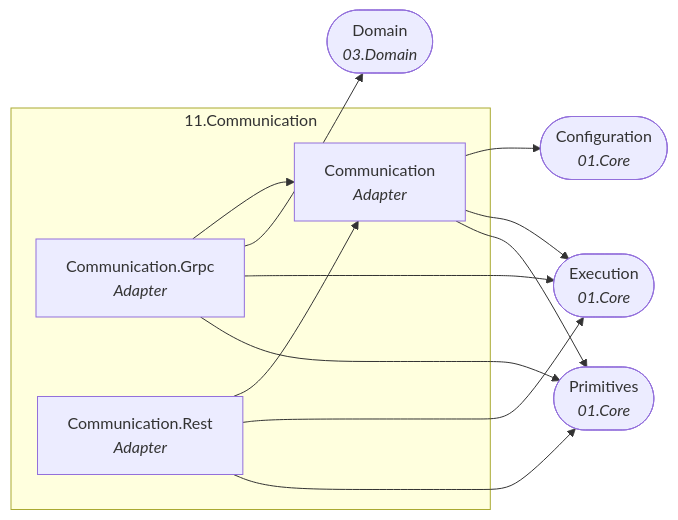
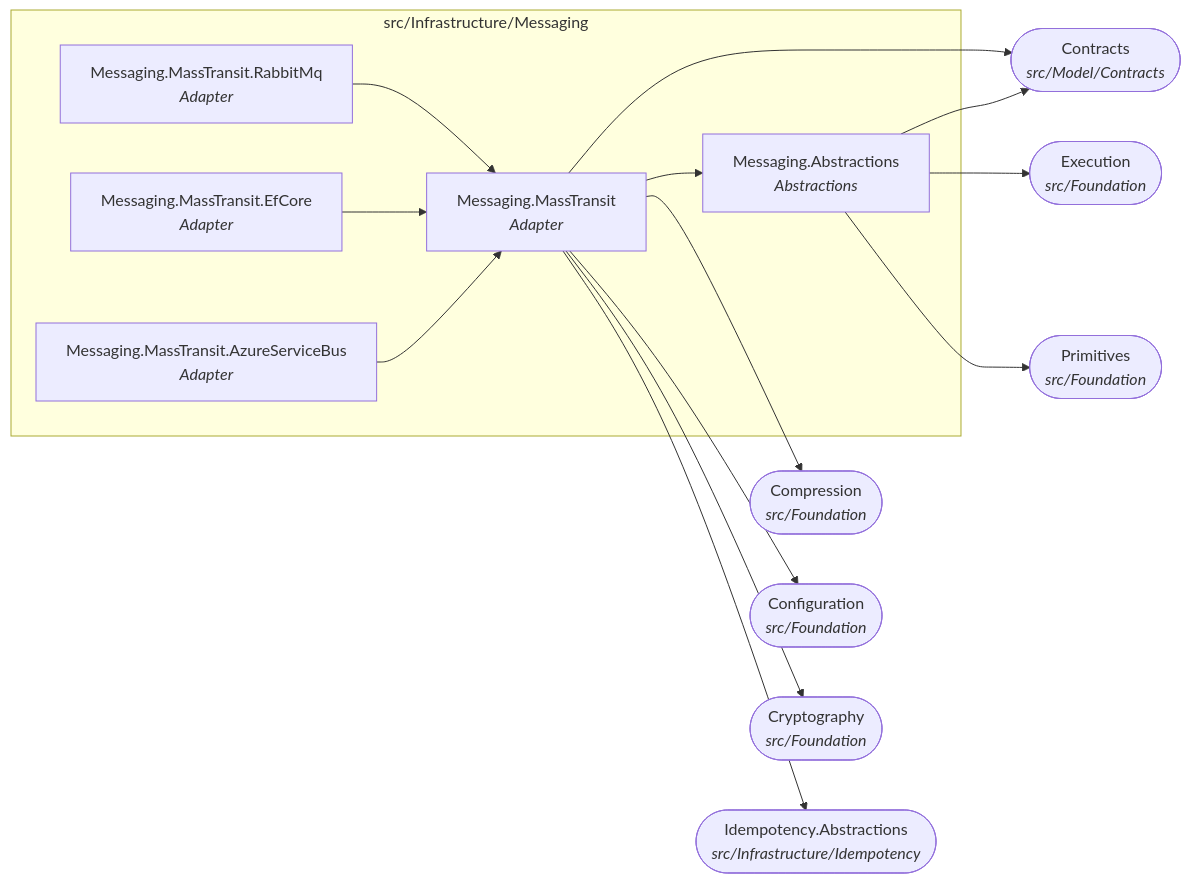
Before and after one commit to Gresta-Vertex-Labs/platform-shared-kernel: diagram 12 of 22 in docs/dependency-graph.md, drawn with Mermaid. The commit also changed other lines of this file and 4053 other files, not shown here.

````diff
--- a/docs/dependency-graph.md
+++ b/docs/dependency-graph.md
@@ -380,22 +416,29 @@
 ```mermaid
 flowchart LR
-  subgraph folder_11_Communication["11.Communication"]
-    SharedKernel_Communication["Communication<br/><i>Adapter</i>"]
-    SharedKernel_Communication_Grpc["Communication.Grpc<br/><i>Adapter</i>"]
-    SharedKernel_Communication_Rest["Communication.Rest<br/><i>Adapter</i>"]
+  subgraph folder_src_Infrastructure_Messaging["src/Infrastructure/Messaging"]
+    SharedKernel_Messaging_Abstractions["Messaging.Abstractions<br/><i>Abstractions</i>"]
+    SharedKernel_Messaging_MassTransit["Messaging.MassTransit<br/><i>Adapter</i>"]
+    SharedKernel_Messaging_MassTransit_AzureServiceBus["Messaging.MassTransit.AzureServiceBus<br/><i>Adapter</i>"]
+    SharedKernel_Messaging_MassTransit_EfCore["Messaging.MassTransit.EfCore<br/><i>Adapter</i>"]
+    SharedKernel_Messaging_MassTransit_RabbitMq["Messaging.MassTransit.RabbitMq<br/><i>Adapter</i>"]
   end
-  SharedKernel_Configuration(["Configuration<br/><i>01.Core</i>"])
-  SharedKernel_Domain(["Domain<br/><i>03.Domain</i>"])
-  SharedKernel_Execution(["Execution<br/><i>01.Core</i>"])
-  SharedKernel_Primitives(["Primitives<br/><i>01.Core</i>"])
-  SharedKernel_Communication --> SharedKernel_Configuration
-  SharedKernel_Communication --> SharedKernel_Execution
-  SharedKernel_Communication --> SharedKernel_Primitives
-  SharedKernel_Communication_Grpc --> SharedKernel_Communication
-  SharedKernel_Communication_Grpc --> SharedKernel_Domain
-  SharedKernel_Communication_Grpc --> SharedKernel_Execution
-  SharedKernel_Communication_Grpc --> SharedKernel_Primitives
-  SharedKernel_Communication_Rest --> SharedKernel_Communication
-  SharedKernel_Communication_Rest --> SharedKernel_Execution
-  SharedKernel_Communication_Rest --> SharedKernel_Primitives
+  SharedKernel_Compression(["Compression<br/><i>src/Foundation</i>"])
+  SharedKernel_Configuration(["Configuration<br/><i>src/Foundation</i>"])
+  SharedKernel_Contracts(["Contracts<br/><i>src/Model/Contracts</i>"])
+  SharedKernel_Cryptography(["Cryptography<br/><i>src/Foundation</i>"])
+  SharedKernel_Execution(["Execution<br/><i>src/Foundation</i>"])
+  SharedKernel_Idempotency_Abstractions(["Idempotency.Abstractions<br/><i>src/Infrastructure/Idempotency</i>"])
+  SharedKernel_Primitives(["Primitives<br/><i>src/Foundation</i>"])
+  SharedKernel_Messaging_Abstractions --> SharedKernel_Contracts
+  SharedKernel_Messaging_Abstractions --> SharedKernel_Execution
+  SharedKernel_Messaging_Abstractions --> SharedKernel_Primitives
+  SharedKernel_Messaging_MassTransit --> SharedKernel_Compression
+  SharedKernel_Messaging_MassTransit --> SharedKernel_Configuration
+  SharedKernel_Messaging_MassTransit --> SharedKernel_Contracts
+  SharedKernel_Messaging_MassTransit --> SharedKernel_Cryptography
+  SharedKernel_Messaging_MassTransit --> SharedKernel_Idempotency_Abstractions
+  SharedKernel_Messaging_MassTransit --> SharedKernel_Messaging_Abstractions
+  SharedKernel_Messaging_MassTransit_AzureServiceBus --> SharedKernel_Messaging_MassTransit
+  SharedKernel_Messaging_MassTransit_EfCore --> SharedKernel_Messaging_MassTransit
+  SharedKernel_Messaging_MassTransit_RabbitMq --> SharedKernel_Messaging_MassTransit
 ```
````
